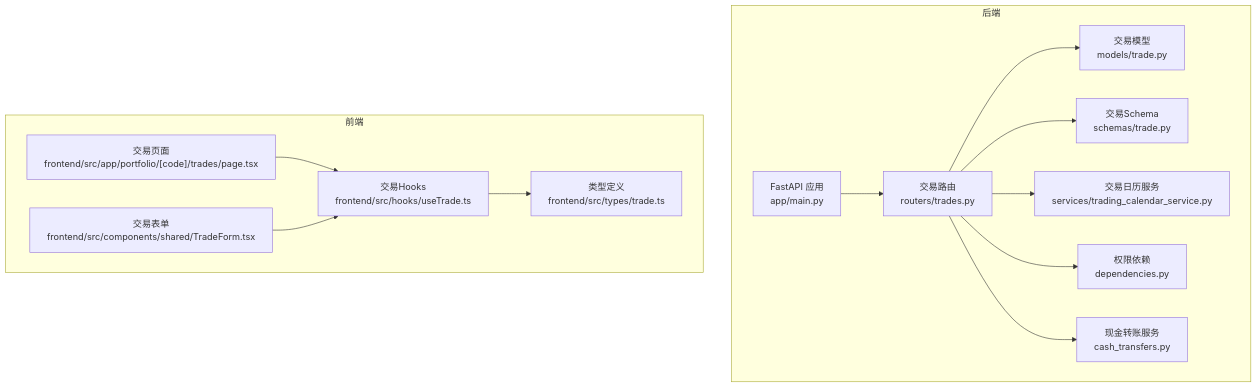
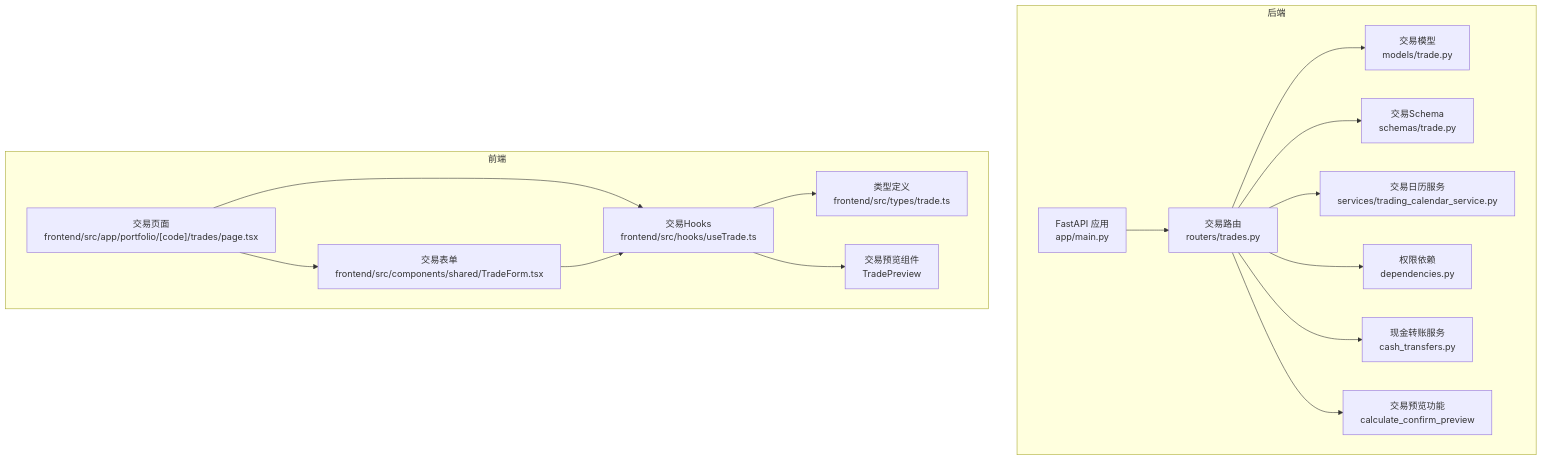
The first of 6 diagrams in .qoder/repowiki/zh/content/后端API文档/交易管理API.md (gujialind/InvestRing), drawn with Mermaid before and after one commit. The commit also changed other lines of this file and 19 other files, not shown here.

````diff
--- a/.qoder/repowiki/zh/content/后端API文档/交易管理API.md
+++ b/.qoder/repowiki/zh/content/后端API文档/交易管理API.md
@@ -49,27 +49,32 @@
 ```mermaid
 graph TB
 subgraph "后端"
 A["FastAPI 应用<br/>app/main.py"]
 B["交易路由<br/>routers/trades.py"]
 C["交易模型<br/>models/trade.py"]
 D["交易Schema<br/>schemas/trade.py"]
 E["交易日历服务<br/>services/trading_calendar_service.py"]
 F["权限依赖<br/>dependencies.py"]
 G["现金转账服务<br/>cash_transfers.py"]
+H["交易预览功能<br/>calculate_confirm_preview"]
 end
 subgraph "前端"
-H["交易页面<br/>frontend/src/app/portfolio/[code]/trades/page.tsx"]
-I["交易表单<br/>frontend/src/components/shared/TradeForm.tsx"]
-J["交易Hooks<br/>frontend/src/hooks/useTrade.ts"]
-K["类型定义<br/>frontend/src/types/trade.ts"]
+I["交易页面<br/>frontend/src/app/portfolio/[code]/trades/page.tsx"]
+J["交易表单<br/>frontend/src/components/shared/TradeForm.tsx"]
+K["交易Hooks<br/>frontend/src/hooks/useTrade.ts"]
+L["类型定义<br/>frontend/src/types/trade.ts"]
+M["交易预览组件<br/>TradePreview"]
 end
 A --> B
 B --> C
 B --> D
 B --> E
 B --> F
 B --> G
-H --> J
+B --> H
 I --> J
+I --> K
 J --> K
+K --> L
+K --> M
 ```
````
